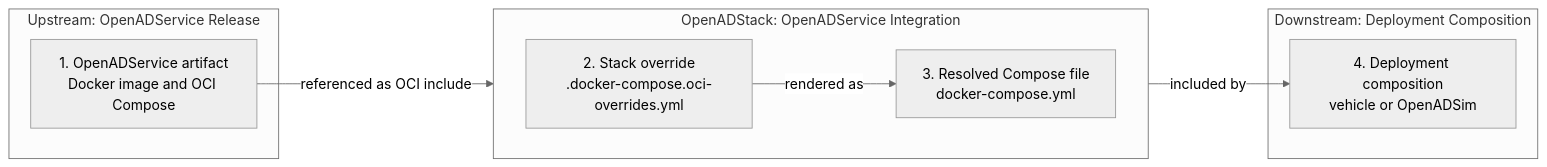
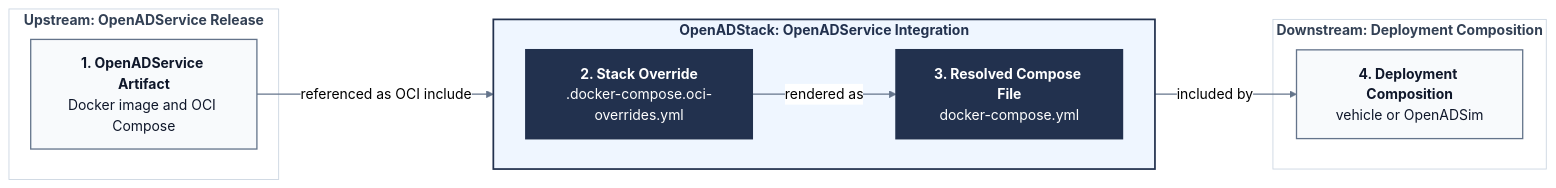
One commit to openads-project/openadstack changed the diagram in docs/technical-architecture.md. Above: the diagram before and after it, drawn with Mermaid (neutral theme). The commit also changed other lines of this file and 5 other files, not shown here.

````diff
--- a/docs/technical-architecture.md
+++ b/docs/technical-architecture.md
@@ -17,20 +17,32 @@
 ```mermaid
 flowchart LR
-    subgraph upstream["Upstream: OpenADService Release"]
-        L1["1. OpenADService artifact<br/>Docker image and OCI Compose"]
+    subgraph upstream["<b>Upstream: OpenADService Release</b>"]
+        L1["<b>1. OpenADService Artifact</b><br/>Docker image and OCI Compose"]
     end
 
-    subgraph stack["OpenADStack: OpenADService Integration"]
+    subgraph stack["<b>OpenADStack: OpenADService Integration</b>"]
         direction LR
-        L2["2. Stack override<br/>.docker-compose.oci-overrides.yml"]
-        L3["3. Resolved Compose file<br/>docker-compose.yml"]
+        L2["<b>2. Stack Override</b><br/>.docker-compose.oci-overrides.yml"]
+        L3["<b>3. Resolved Compose File</b><br/>docker-compose.yml"]
         L2 -->|rendered as| L3
     end
 
-    subgraph downstream["Downstream: Deployment Composition"]
-        L4["4. Deployment composition<br/>vehicle or OpenADSim"]
+    subgraph downstream["<b>Downstream: Deployment Composition</b>"]
+        L4["<b>4. Deployment Composition</b><br/>vehicle or OpenADSim"]
     end
 
     L1 -->|referenced as OCI include| L2
     L3 -->|included by| L4
+
+    classDef external fill:#F8FAFC,color:#0F172A,stroke:#64748B,stroke-width:1.5px
+    classDef openadstack fill:#22314E,color:#FFFFFF,stroke:#22314E,stroke-width:2px
+
+    class L1,L4 external
+    class L2,L3 openadstack
+
+    style upstream fill:#FFFFFF,color:#334155,stroke:#CBD5E1,stroke-width:1px
+    style stack fill:#EFF6FF,color:#22314E,stroke:#22314E,stroke-width:2px
+    style downstream fill:#FFFFFF,color:#334155,stroke:#CBD5E1,stroke-width:1px
+
+    linkStyle default stroke:#64748B,stroke-width:1.5px
 ```
````
